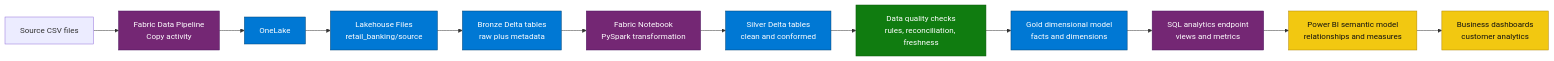
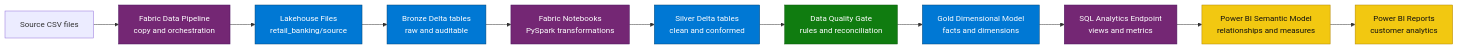
One commit to ravikiranpagidi/microsoft-data-ai-learning-blueprints changed the first of 4 diagrams in README.md. Above: the diagram before and after it, drawn with Mermaid. The commit also changed other lines of this file and 54 other files, not shown here.

Commit message:
Add complete Fabric data engineering blueprint

````diff
--- a/README.md
+++ b/README.md
@@ -61,23 +107,23 @@
-~~~mermaid
+```mermaid
 flowchart LR
-    source["Source CSV files"] --> pipeline["Fabric Data Pipeline<br/>Copy activity"]
-    pipeline --> onelake["OneLake"]
-    onelake --> files["Lakehouse Files<br/>retail_banking/source"]
-    files --> bronze["Bronze Delta tables<br/>raw plus metadata"]
-    bronze --> notebook["Fabric Notebook<br/>PySpark transformation"]
-    notebook --> silver["Silver Delta tables<br/>clean and conformed"]
-    silver --> dq["Data quality checks<br/>rules, reconciliation, freshness"]
-    dq --> gold["Gold dimensional model<br/>facts and dimensions"]
-    gold --> sql["SQL analytics endpoint<br/>views and metrics"]
-    sql --> semantic["Power BI semantic model<br/>relationships and measures"]
-    semantic --> dashboard["Business dashboards<br/>customer analytics"]
+    source["Source CSV files"] --> pipeline["Fabric Data Pipeline<br/>copy and orchestration"]
+    pipeline --> files["Lakehouse Files<br/>retail_banking/source"]
+    files --> bronze["Bronze Delta tables<br/>raw and auditable"]
+    bronze --> notebooks["Fabric Notebooks<br/>PySpark transformations"]
+    notebooks --> silver["Silver Delta tables<br/>clean and conformed"]
+    silver --> dq["Data Quality Gate<br/>rules and reconciliation"]
+    dq --> gold["Gold Dimensional Model<br/>facts and dimensions"]
+    gold --> sql["SQL Analytics Endpoint<br/>views and metrics"]
+    sql --> semantic["Power BI Semantic Model<br/>relationships and measures"]
+    semantic --> reports["Power BI Reports<br/>customer analytics"]
 
     classDef fabric fill:#742774,stroke:#4B155F,color:#ffffff;
     classDef storage fill:#0078D4,stroke:#004578,color:#ffffff;
     classDef quality fill:#107C10,stroke:#0B5A0B,color:#ffffff;
-    classDef consume fill:#F2C811,stroke:#B38600,color:#111111;
-    class pipeline,notebook,sql fabric;
-    class onelake,files,bronze,silver,gold storage;
+    classDef powerbi fill:#F2C811,stroke:#B38600,color:#111111;
+
+    class pipeline,notebooks,sql fabric;
+    class files,bronze,silver,gold storage;
     class dq quality;
-    class semantic,dashboard consume;
-~~~
+    class semantic,reports powerbi;
+```
````
